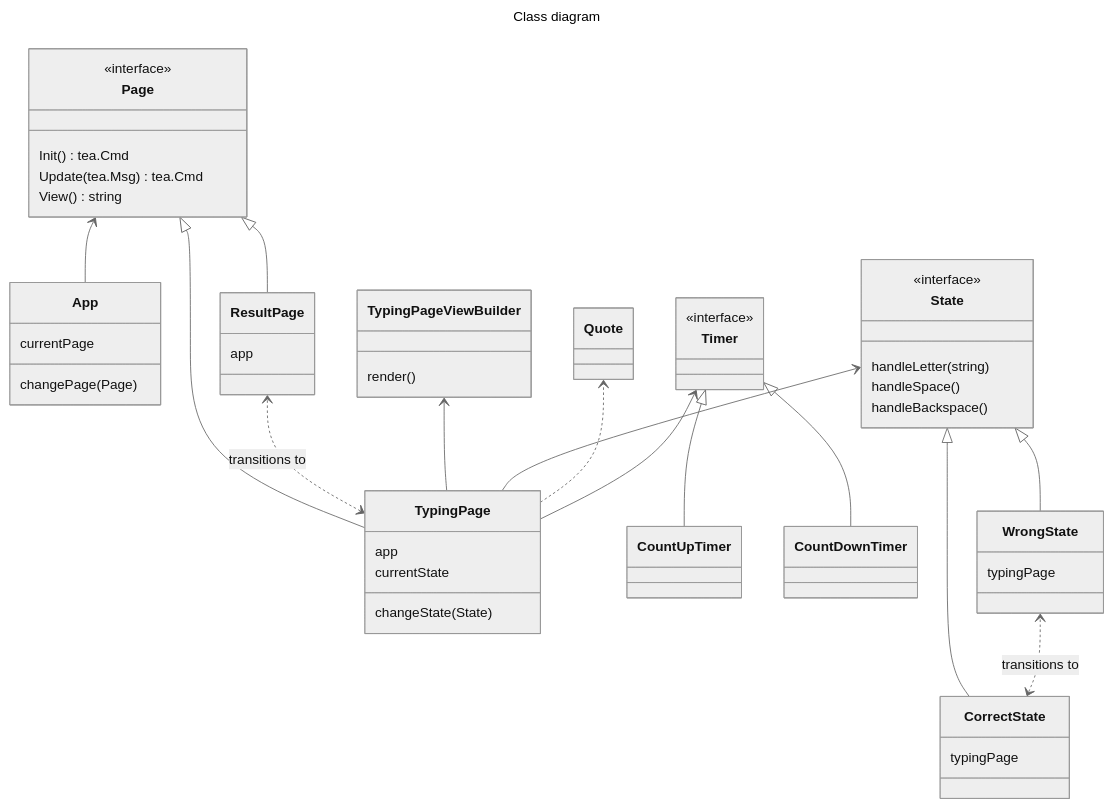
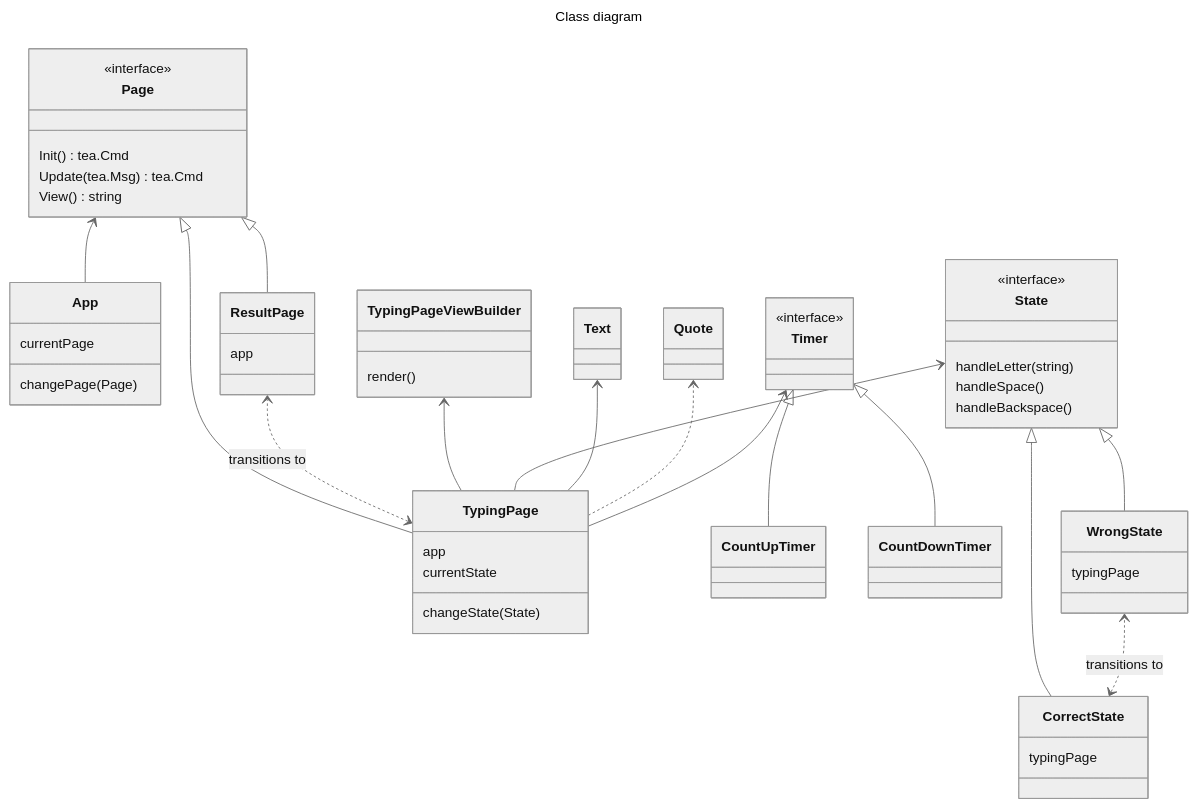
One commit to hofman-tan/type-chan changed the diagram in diagram.md. Above: the diagram before and after it, drawn with Mermaid (neutral theme). The commit also changed 4 other files, not shown here.

````diff
--- a/diagram.md
+++ b/diagram.md
@@ -1,71 +1,74 @@
 ```mermaid
 ---
 title: Class diagram
 ---
 classDiagram
     direction BT
     class App {
       currentPage
       changePage(Page)
     }
 
     class Page {
       <<interface>>
 
       Init() tea.Cmd
       Update(tea.Msg) tea.Cmd
       View() string
     }
     class TypingPage {
       app
       currentState
       changeState(State)
+    }
+    class Text {
     }
     class TypingPageViewBuilder {
       render()
     }
     class ResultPage{
       app
     }
     
     class Quote {
     }
 
     class Timer {
       <<interface>>
     }
     class CountUpTimer {
     }
     class CountDownTimer {
     }
 
     class State {
       <<interface>> 
 
       handleLetter(string)
       handleSpace()
       handleBackspace()
     }
     class CorrectState {
       typingPage
     }
     class WrongState {
       typingPage
     }
 
     App --> Page
     TypingPage --|> Page
     ResultPage --|> Page
     TypingPage <..> ResultPage : transitions to
     TypingPage --> TypingPageViewBuilder
 
     TypingPage --> State
     CorrectState --|> State
     WrongState --|> State
     CorrectState <..> WrongState : transitions to
 
+    TypingPage --> Text
     TypingPage ..> Quote
     TypingPage --> Timer
     CountUpTimer --|> Timer
     CountDownTimer --|> Timer
 ```
````
